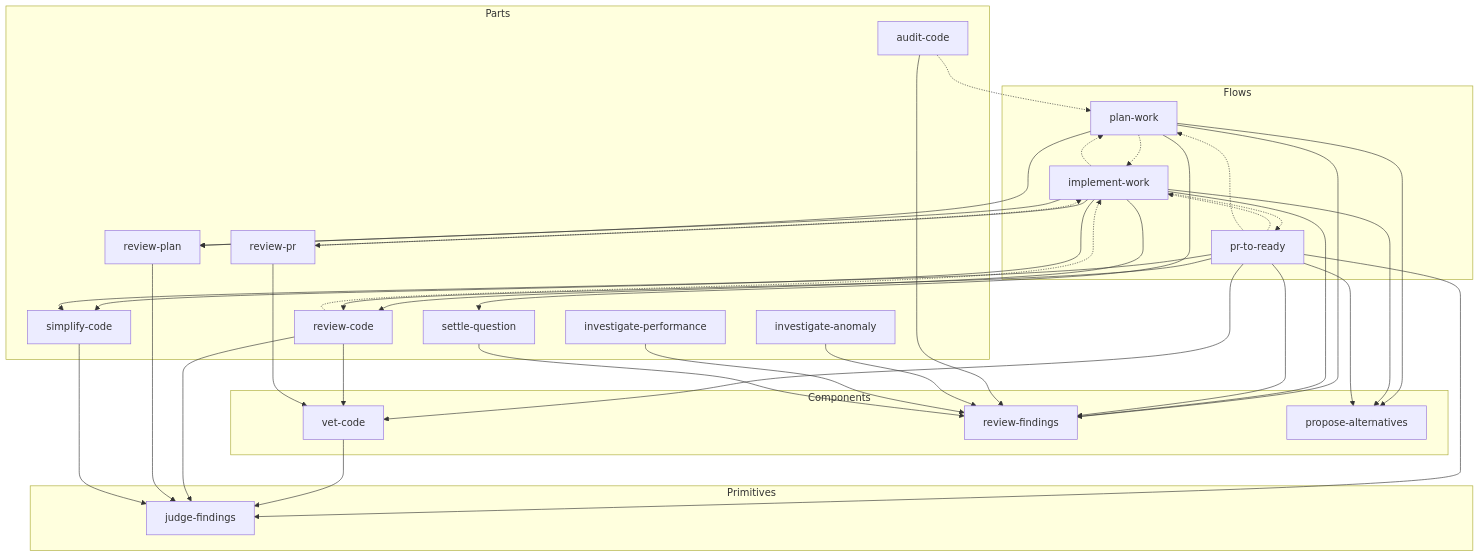
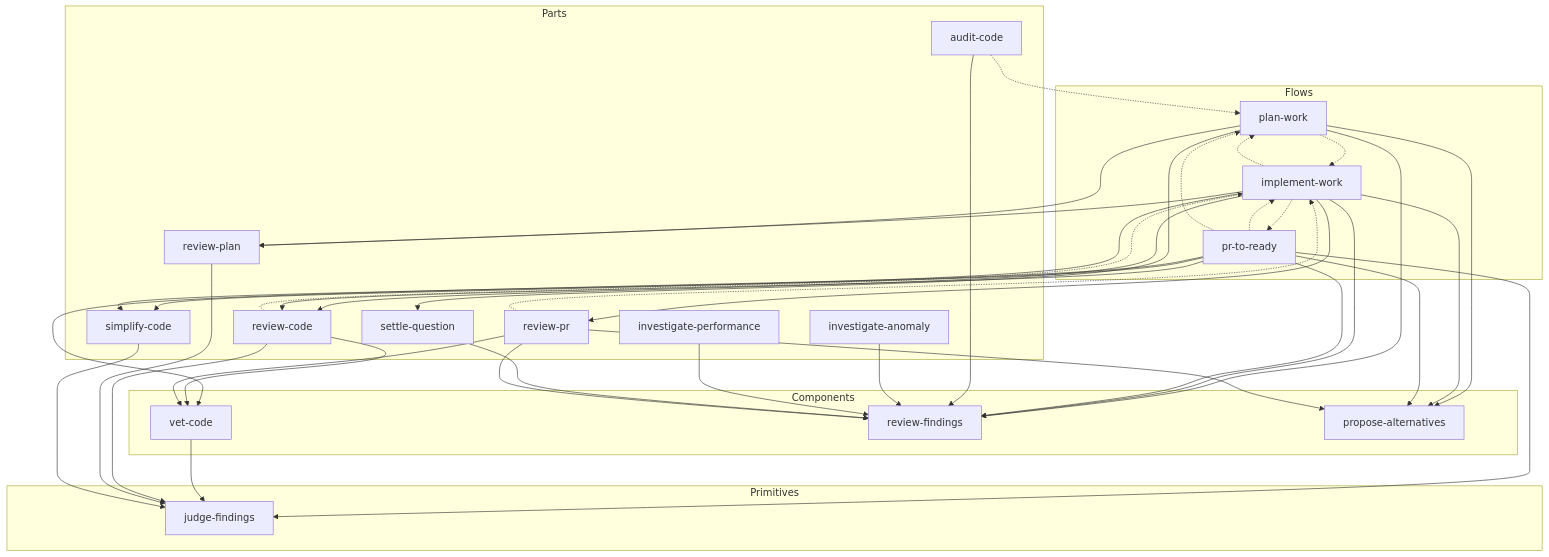
Before and after one commit to yowcow/dude: the first of 2 diagrams in README.md, drawn with Mermaid. The commit also changed 2 other files, not shown here.

Commit message:
review-pr: 目的が確定したとき vet-code より前に propose-alternatives を呼ぶ
(c): vet-code の後だと reviewer が今の diff を見たまま比べ、#630 の独立別案にならない。

````diff
--- a/README.md
+++ b/README.md
@@ -38,62 +38,64 @@
 ```mermaid
 flowchart TB
   subgraph Flows
     plan-work
     implement-work
     pr-to-ready
   end
   subgraph Parts
     review-code
     review-plan
     simplify-code
     review-pr
     audit-code
     settle-question
     investigate-anomaly
     investigate-performance
   end
   subgraph Components
     vet-code
     review-findings
     propose-alternatives
   end
   subgraph Primitives
     judge-findings
   end
 
   plan-work -.-> implement-work
   implement-work -.-> plan-work
   implement-work -.-> pr-to-ready
   pr-to-ready -.-> implement-work
   pr-to-ready -.-> plan-work
   review-code -.-> implement-work
   review-pr -.-> implement-work
   audit-code -.-> plan-work
 
   plan-work --> review-plan
   plan-work --> settle-question
   plan-work --> propose-alternatives
   plan-work --> review-findings
   implement-work --> review-code
   implement-work --> review-plan
   implement-work --> review-pr
   implement-work --> simplify-code
   implement-work --> propose-alternatives
   implement-work --> review-findings
   pr-to-ready --> review-code
   pr-to-ready --> simplify-code
   pr-to-ready --> vet-code
   pr-to-ready --> judge-findings
   pr-to-ready --> propose-alternatives
   pr-to-ready --> review-findings
   audit-code --> review-findings
   investigate-anomaly --> review-findings
   investigate-performance --> review-findings
   settle-question --> review-findings
   review-code --> vet-code
   review-pr --> vet-code
+  review-pr --> propose-alternatives
+  review-pr --> review-findings
   vet-code --> judge-findings
   review-code --> judge-findings
   review-plan --> judge-findings
   simplify-code --> judge-findings
 ```
````
